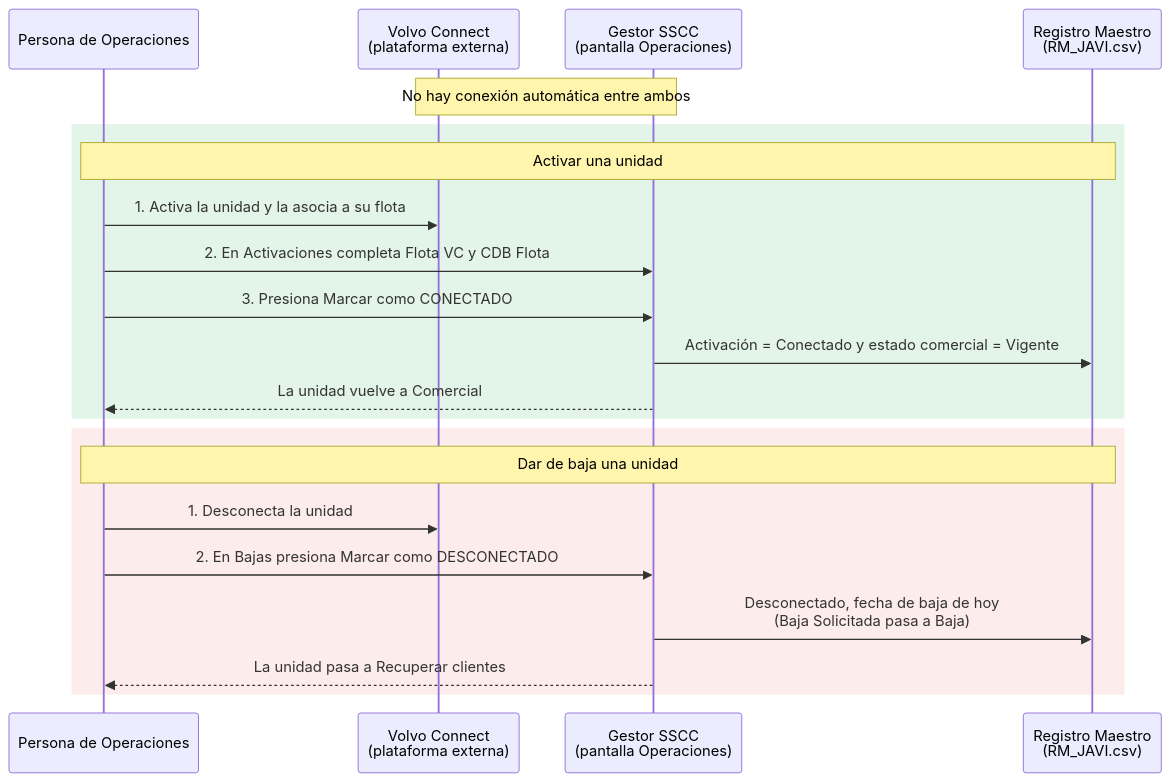
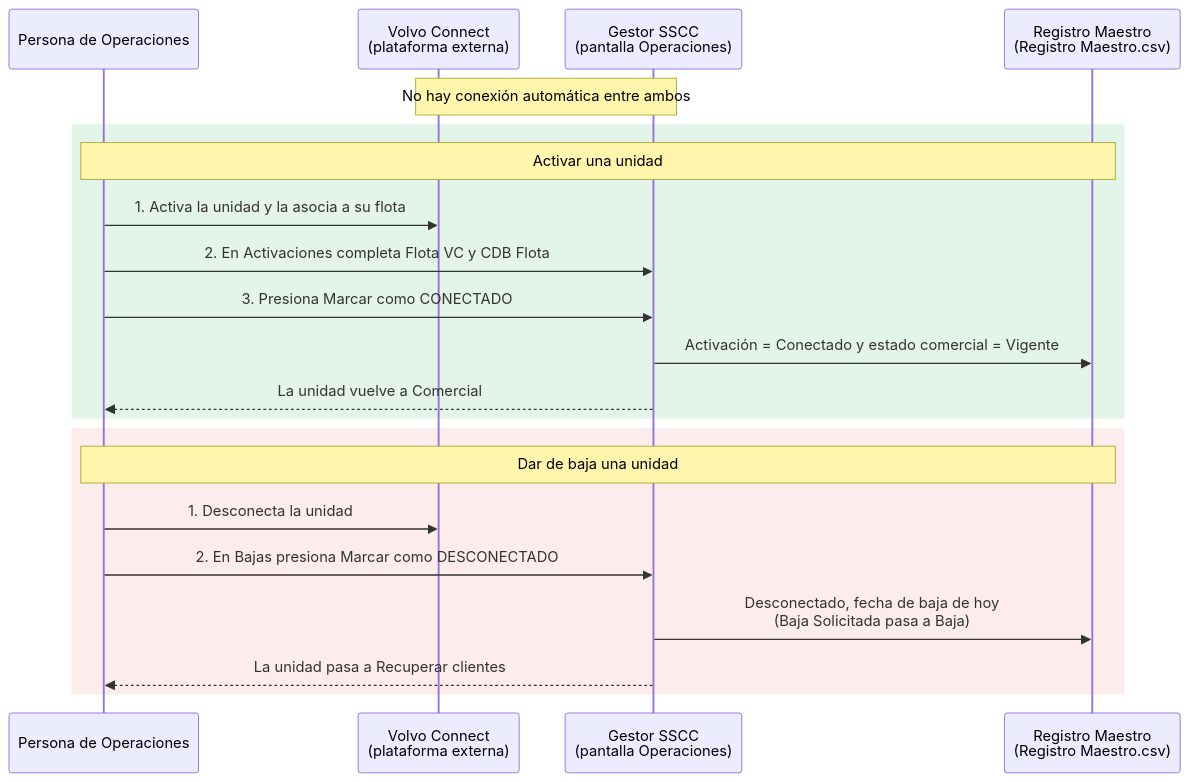
The fifth of 31 diagrams in Fase 2/Evidencias Proyecto/Evidencias de documentación/docs/08. Arquitectura Visual y Diagramas.md (felipeMon20/PTY4614-302-EQUIPO-2), drawn with Mermaid before and after one commit. The commit also changed other lines of this file and 315 other files, not shown here.

````diff
--- a/Fase 2/Evidencias Proyecto/Evidencias de documentación/docs/08. Arquitectura Visual y Diagramas.md
+++ b/Fase 2/Evidencias Proyecto/Evidencias de documentación/docs/08. Arquitectura Visual y Diagramas.md
@@ -169,23 +171,23 @@
 ```mermaid
 sequenceDiagram
     participant OP as Persona de Operaciones
     participant VC as Volvo Connect<br/>(plataforma externa)
     participant APP as Gestor SSCC<br/>(pantalla Operaciones)
-    participant RM as Registro Maestro<br/>(RM_JAVI.csv)
+    participant RM as Registro Maestro<br/>(Registro Maestro.csv)
     Note over VC,APP: No hay conexión automática entre ambos
     rect rgb(227,244,232)
     Note over OP,RM: Activar una unidad
     OP->>VC: 1. Activa la unidad y la asocia a su flota
     OP->>APP: 2. En Activaciones completa Flota VC y CDB Flota
     OP->>APP: 3. Presiona Marcar como CONECTADO
     APP->>RM: Activación = Conectado y estado comercial = Vigente
     APP-->>OP: La unidad vuelve a Comercial
     end
     rect rgb(253,236,236)
     Note over OP,RM: Dar de baja una unidad
     OP->>VC: 1. Desconecta la unidad
     OP->>APP: 2. En Bajas presiona Marcar como DESCONECTADO
     APP->>RM: Desconectado, fecha de baja de hoy<br/>(Baja Solicitada pasa a Baja)
     APP-->>OP: La unidad pasa a Recuperar clientes
     end
 ```
````
